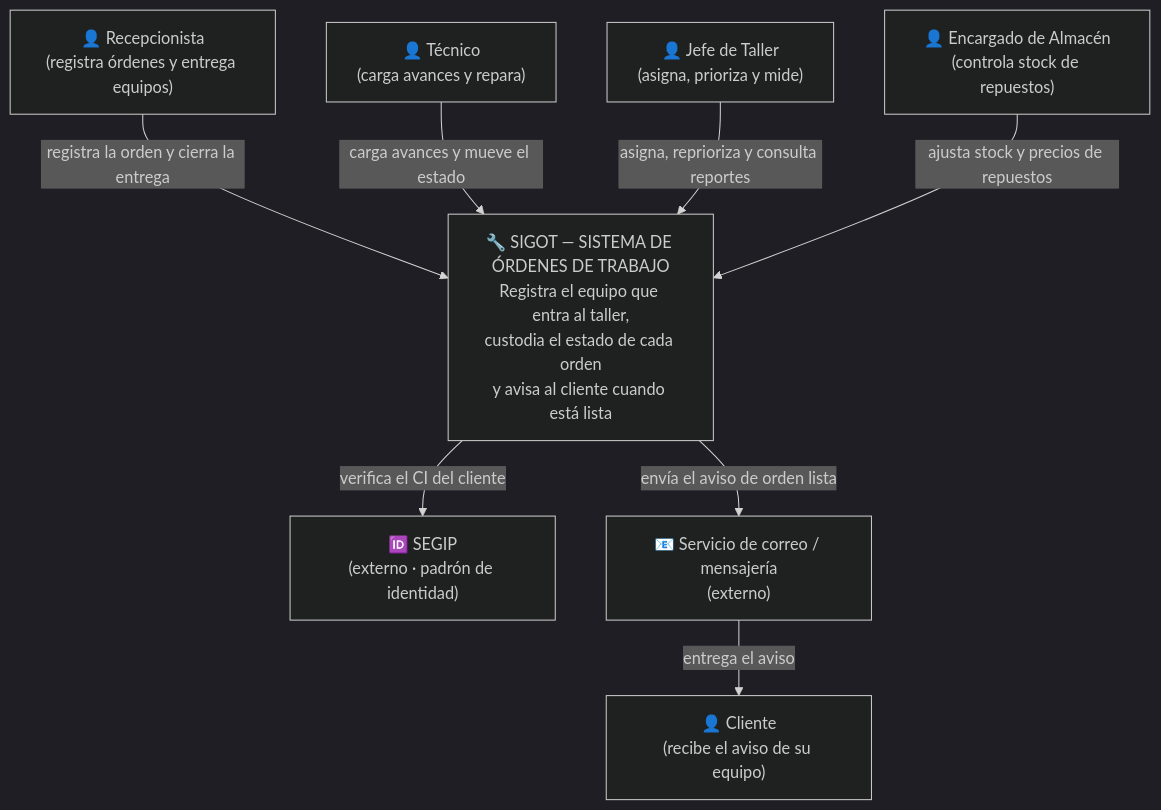
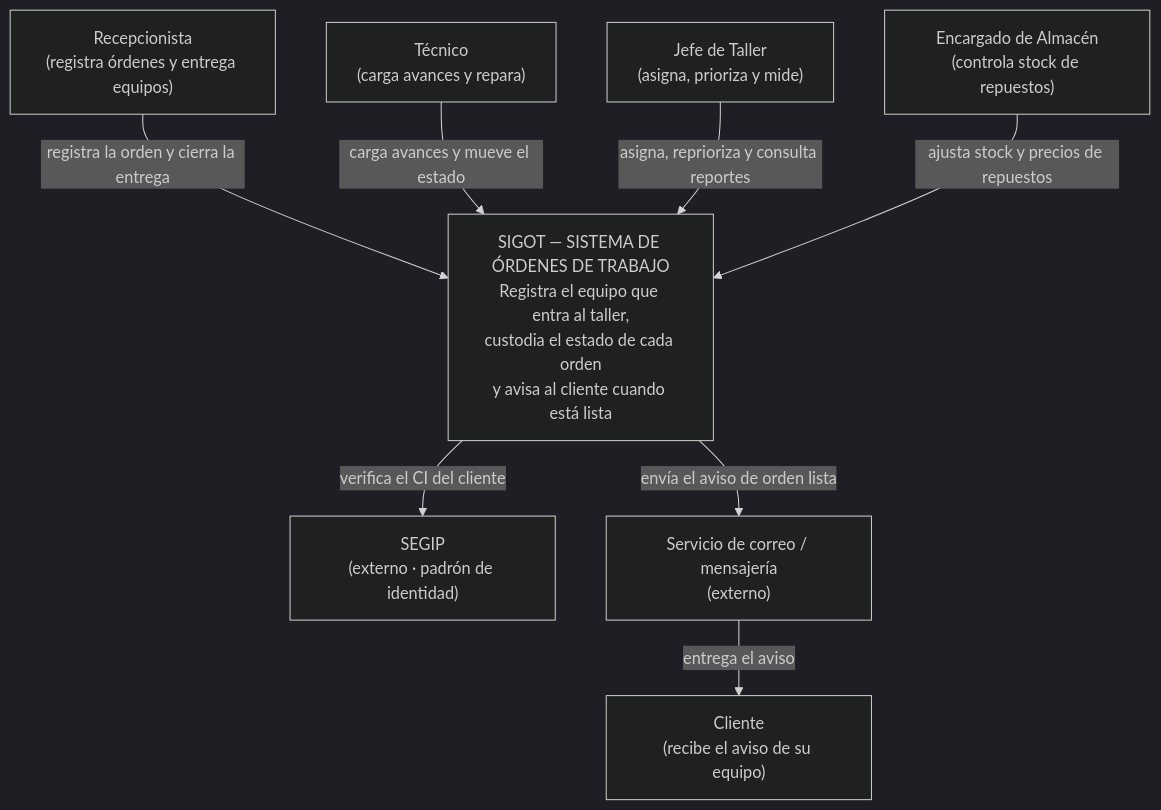
The first of 2 diagrams in h4/README.md (4ngel105/expediente-arq-ayala), drawn with Mermaid (dark theme) before and after one commit. The commit also changed other lines of this file, not shown here.

Commit message:
H4: quitar los emojis de los diagramas Mermaid

````diff
--- a/h4/README.md
+++ b/h4/README.md
@@ -14,22 +14,22 @@
 ```mermaid
 flowchart TB
-    recepcionista["👤 Recepcionista<br>(registra órdenes y entrega equipos)"]
-    tecnico["👤 Técnico<br>(carga avances y repara)"]
-    jefe["👤 Jefe de Taller<br>(asigna, prioriza y mide)"]
-    almacen["👤 Encargado de Almacén<br>(controla stock de repuestos)"]
+    recepcionista["Recepcionista<br>(registra órdenes y entrega equipos)"]
+    tecnico["Técnico<br>(carga avances y repara)"]
+    jefe["Jefe de Taller<br>(asigna, prioriza y mide)"]
+    almacen["Encargado de Almacén<br>(controla stock de repuestos)"]
 
-    sigot["🔧 SIGOT — SISTEMA DE ÓRDENES DE TRABAJO<br>Registra el equipo que entra al taller,<br>custodia el estado de cada orden<br>y avisa al cliente cuando está lista"]
+    sigot["SIGOT — SISTEMA DE ÓRDENES DE TRABAJO<br>Registra el equipo que entra al taller,<br>custodia el estado de cada orden<br>y avisa al cliente cuando está lista"]
 
-    segip["🆔 SEGIP<br>(externo · padrón de identidad)"]
-    correo["📧 Servicio de correo / mensajería<br>(externo)"]
-    cliente["👤 Cliente<br>(recibe el aviso de su equipo)"]
+    segip["SEGIP<br>(externo · padrón de identidad)"]
+    correo["Servicio de correo / mensajería<br>(externo)"]
+    cliente["Cliente<br>(recibe el aviso de su equipo)"]
 
     recepcionista -->|"registra la orden y cierra la entrega"| sigot
     tecnico -->|"carga avances y mueve el estado"| sigot
     jefe -->|"asigna, reprioriza y consulta reportes"| sigot
     almacen -->|"ajusta stock y precios de repuestos"| sigot
 
     sigot -->|"verifica el CI del cliente"| segip
     sigot -->|"envía el aviso de orden lista"| correo
     correo -->|"entrega el aviso"| cliente
 ```
````
